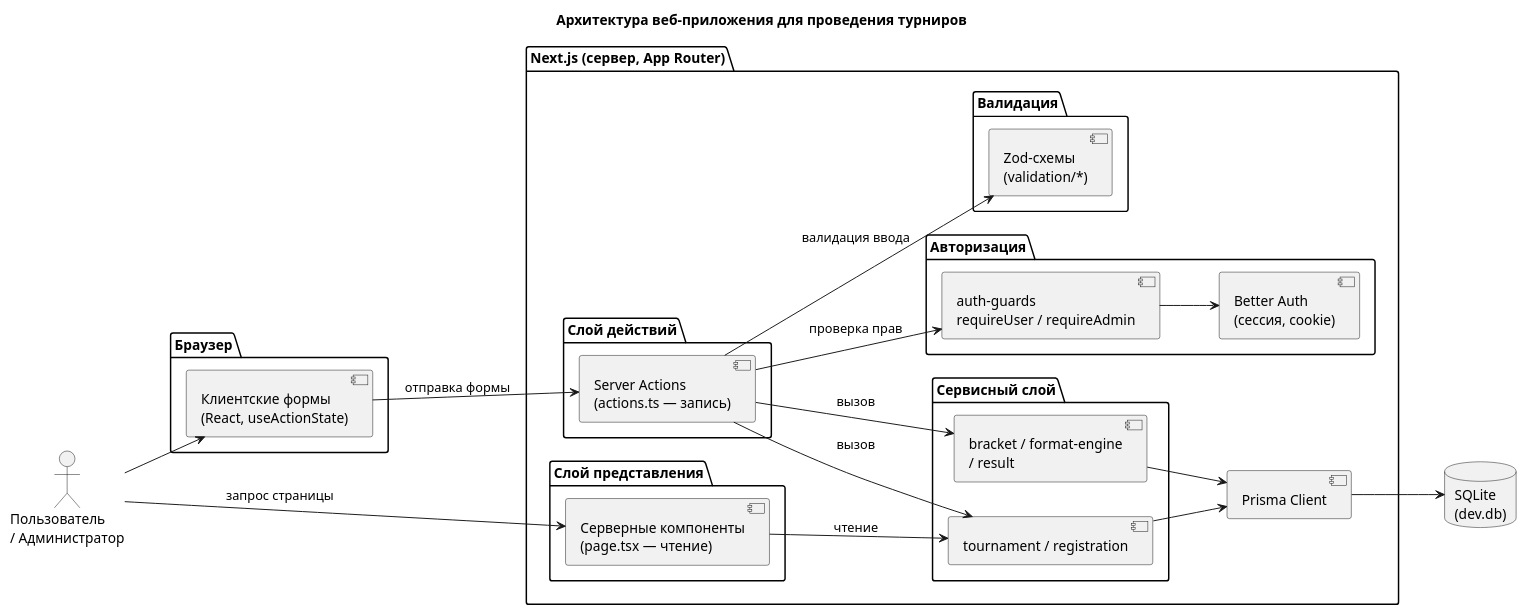
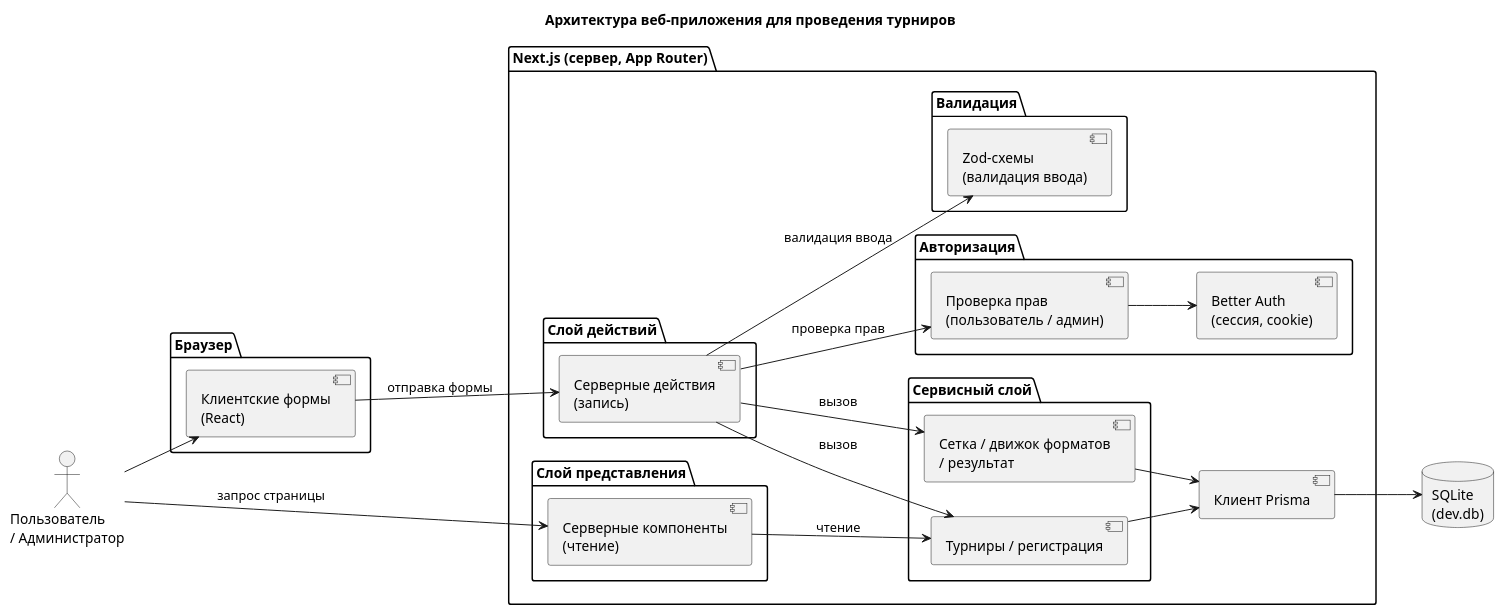
One commit to memekas/diplom changed the diagram in docs/diagrams/02-arhitektura.puml. Above: the diagram before and after it, drawn with PlantUML. The commit also changed 36 other files, not shown here.

First line of the commit message:
docs: Russian diagram labels + UI screenshots

```diff
--- a/docs/diagrams/02-arhitektura.puml
+++ b/docs/diagrams/02-arhitektura.puml
@@ -1,50 +1,50 @@
 @startuml architecture
 title Архитектура веб-приложения для проведения турниров
 
 skinparam componentStyle uml2
 skinparam shadowing false
 left to right direction
 
 actor "Пользователь\n/ Администратор" as User
 
 package "Браузер" {
-  [Клиентские формы\n(React, useActionState)] as Forms
+  [Клиентские формы\n(React)] as Forms
 }
 
 package "Next.js (сервер, App Router)" {
   package "Слой представления" {
-    [Серверные компоненты\n(page.tsx — чтение)] as RSC
+    [Серверные компоненты\n(чтение)] as RSC
   }
   package "Слой действий" {
-    [Server Actions\n(actions.ts — запись)] as Actions
+    [Серверные действия\n(запись)] as Actions
   }
   package "Авторизация" {
-    [auth-guards\nrequireUser / requireAdmin] as Auth
+    [Проверка прав\n(пользователь / админ)] as Auth
     [Better Auth\n(сессия, cookie)] as BetterAuth
   }
   package "Валидация" {
-    [Zod-схемы\n(validation/*)] as Zod
+    [Zod-схемы\n(валидация ввода)] as Zod
   }
   package "Сервисный слой" {
-    [tournament / registration] as Svc1
-    [bracket / format-engine\n/ result] as Svc2
+    [Турниры / регистрация] as Svc1
+    [Сетка / движок форматов\n/ результат] as Svc2
   }
-  [Prisma Client] as Prisma
+  [Клиент Prisma] as Prisma
 }
 
 database "SQLite\n(dev.db)" as DB
 
 User --> Forms
 User --> RSC : запрос страницы
 Forms --> Actions : отправка формы
 RSC --> Svc1 : чтение
 Actions --> Auth : проверка прав
 Auth --> BetterAuth
 Actions --> Zod : валидация ввода
 Actions --> Svc1 : вызов
 Actions --> Svc2 : вызов
 Svc1 --> Prisma
 Svc2 --> Prisma
 Prisma --> DB
 
 @enduml
```
